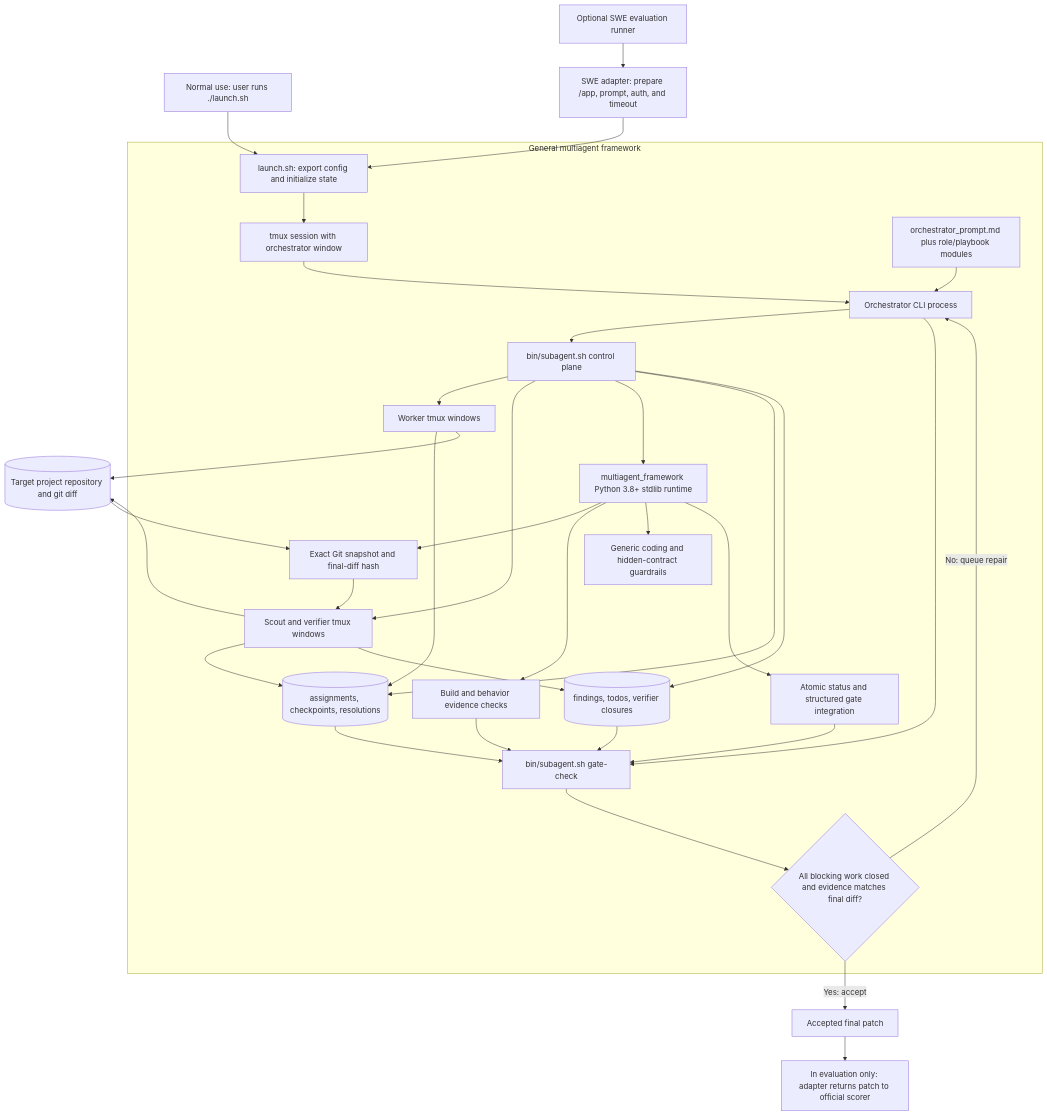
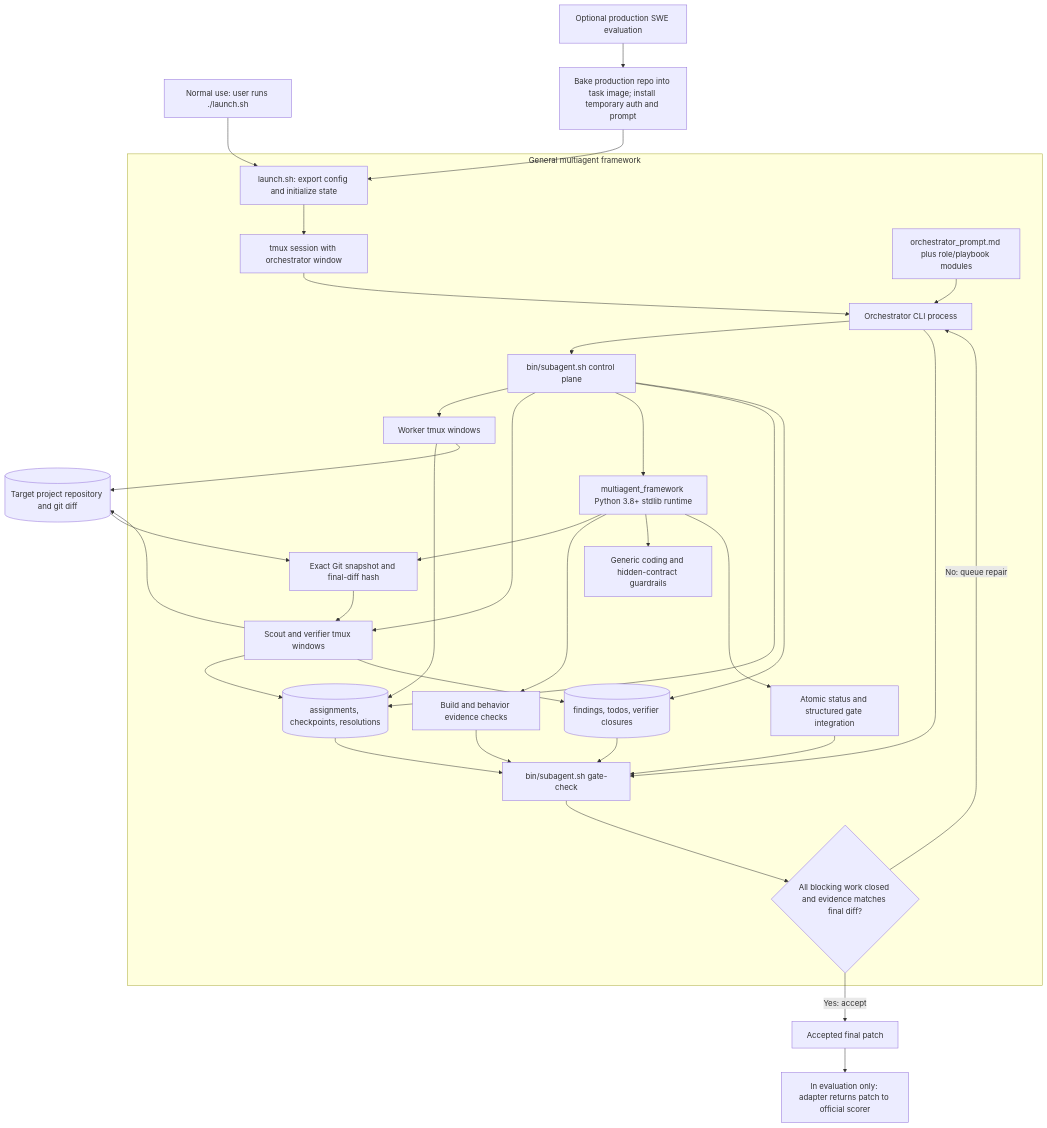
The diagram in README.md (areshand/multiagent), drawn with Mermaid before and after one commit. The commit also changed other lines of this file and 19 other files, not shown here.

Commit message:
Keep only production-native SWE evaluation

````diff
--- a/README.md
+++ b/README.md
@@ -88,42 +88,42 @@
 ```mermaid
 flowchart TD
     User["Normal use: user runs ./launch.sh"] --> Launch
-    Eval["Optional SWE evaluation runner"] --> Adapter["SWE adapter: prepare /app, prompt, auth, and timeout"]
+    Eval["Optional production SWE evaluation"] --> Adapter["Bake production repo into task image; install temporary auth and prompt"]
     Adapter --> Launch
 
     subgraph Framework["General multiagent framework"]
         Launch["launch.sh: export config and initialize state"] --> Tmux["tmux session with orchestrator window"]
         Prompts["orchestrator_prompt.md plus role/playbook modules"] --> Orchestrator["Orchestrator CLI process"]
         Tmux --> Orchestrator
         Orchestrator --> Helper["bin/subagent.sh control plane"]
 
         Helper --> Worker["Worker tmux windows"]
         Helper --> Verifier["Scout and verifier tmux windows"]
         Helper --> Runtime["multiagent_framework Python 3.8+ stdlib runtime"]
         Runtime --> Snapshot["Exact Git snapshot and final-diff hash"]
         Runtime --> Evidence["Build and behavior evidence checks"]
         Runtime --> Guardrails["Generic coding and hidden-contract guardrails"]
         Runtime --> Status["Atomic status and structured gate integration"]
 
         Worker --> Durable[("assignments, checkpoints, resolutions")]
         Verifier --> Durable
         Verifier --> Findings[("findings, todos, verifier closures")]
         Helper --> Durable
         Helper --> Findings
         Snapshot --> Verifier
 
         Orchestrator --> Gate["bin/subagent.sh gate-check"]
         Durable --> Gate
         Findings --> Gate
         Evidence --> Gate
         Status --> Gate
         Gate --> Decision{"All blocking work closed and evidence matches final diff?"}
         Decision -- "No: queue repair" --> Orchestrator
     end
 
     Worker --> Repo[("Target project repository and git diff")]
     Verifier --> Repo
     Repo --> Snapshot
     Decision -- "Yes: accept" --> Result["Accepted final patch"]
     Result --> AdapterResult["In evaluation only: adapter returns patch to official scorer"]
 ```
````
